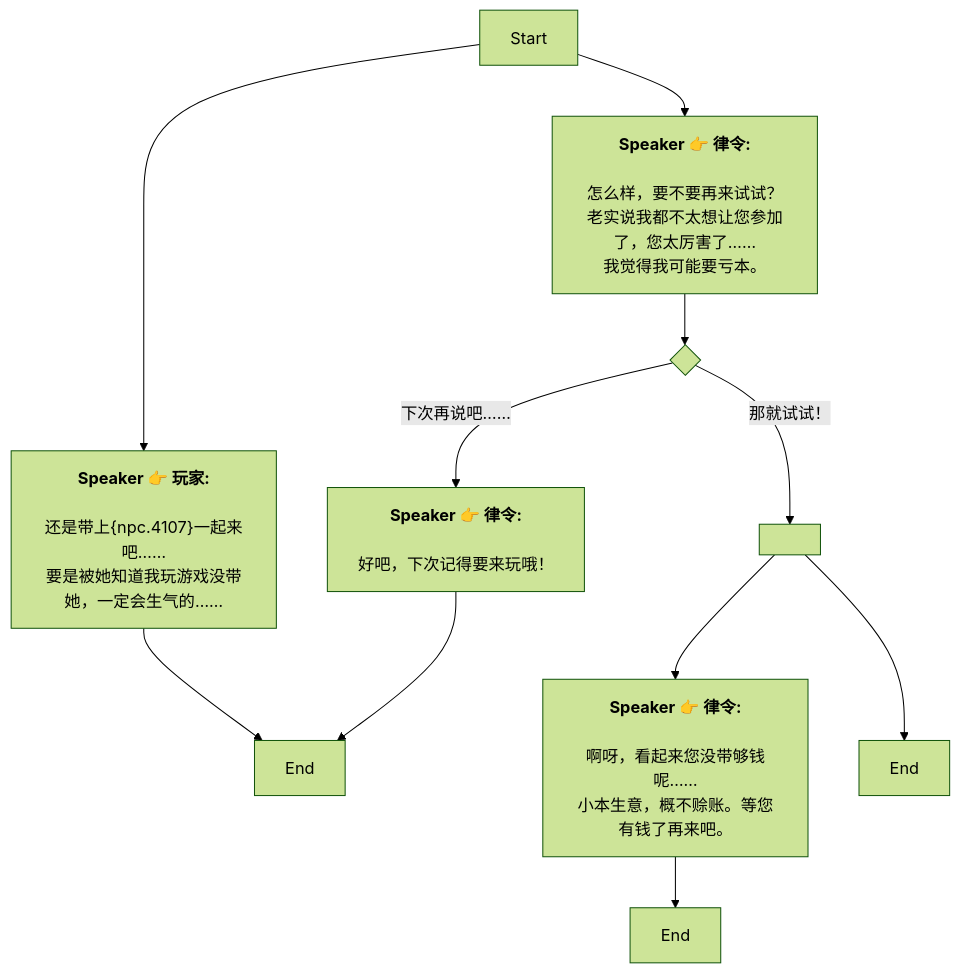
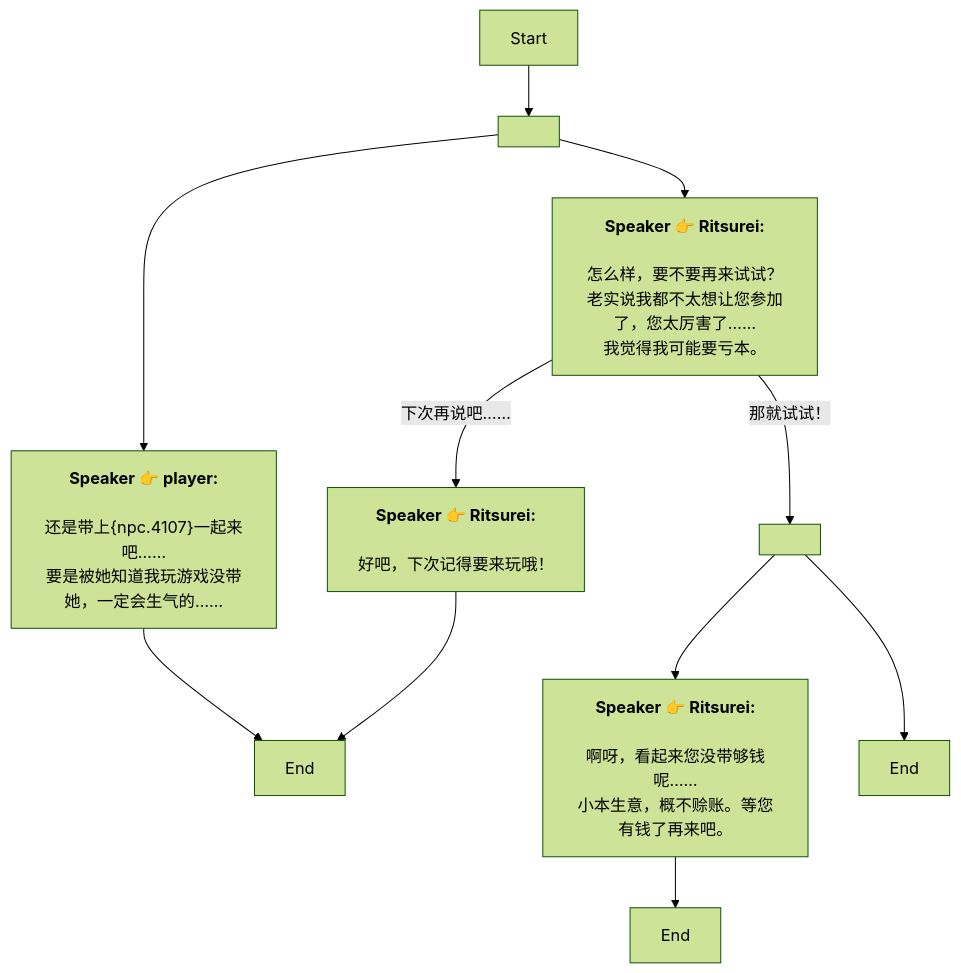
Before and after one commit to SoftHu/tos_avg: the diagram in Zh/QuestTalkObjectiveNode_1739410552888537.md, drawn with Mermaid (forest theme). The commit also changed 737 other files, not shown here.

````diff
--- a/Zh/QuestTalkObjectiveNode_1739410552888537.md
+++ b/Zh/QuestTalkObjectiveNode_1739410552888537.md
@@ -1,26 +1,20 @@
 ```mermaid
 graph
-Start -->1739504933044474[<b>Speaker 👉 玩家:</b>
-
-还是带上&lbrace;npc.4107&rbrace;一起来吧……
+Start -->1739504933044473[ ]
+1739504933044473 -->1739504933044474[<b>Speaker 👉 player:</b>
+\n还是带上&lbrace;npc.4107&rbrace;一起来吧……
 要是被她知道我玩游戏没带她，一定会生气的……]
-Start -->1739410623403237[<b>Speaker 👉 律令:</b>
-
-怎么样，要不要再来试试？
-老实说我都不太想让您参加了，您太厉害了……
-我觉得我可能要亏本。]
+1739504933044473 -->1739410623403237[<b>Speaker 👉 Ritsurei:</b>
+\n怎么样，要不要再来试试？\n老实说我都不太想让您参加了，您太厉害了……\n我觉得我可能要亏本。]
 1739504933044474 -->1739410623404265[End]
-1739410623403237 -->1739410623404264{ }
-1739410623404264 -->|那就试试！|1739410623404266[ ]
-1739410623404264 -->|下次再说吧……|1739505152025853[<b>Speaker 👉 律令:</b>
-
-好吧，下次记得要来玩哦！]
-1739410623404266 -->1739410623405292[<b>Speaker 👉 律令:</b>
-
-啊呀，看起来您没带够钱呢……
+1739410623403237 -->|那就试试！|1739410623404266[ ]
+1739410623403237 -->|下次再说吧……|1739505152025853[<b>Speaker 👉 Ritsurei:</b>
+\n好吧，下次记得要来玩哦！]
+1739410623404266 -->1739410623405292[<b>Speaker 👉 Ritsurei:</b>
+\n啊呀，看起来您没带够钱呢……
 小本生意，概不赊账。等您有钱了再来吧。]
 1739410623404266 -->1739410623404267[End]
 1739410623405292 -->1739410623405293[End]
 1739505152025853 -->1739410623404265[End]
 
- ```
+```
````
